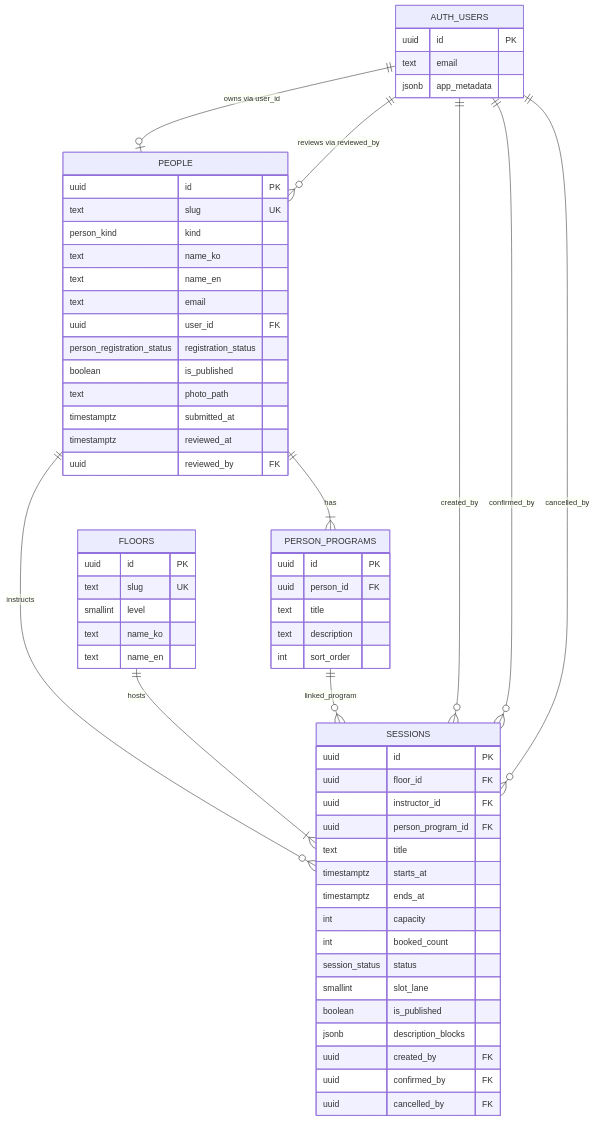
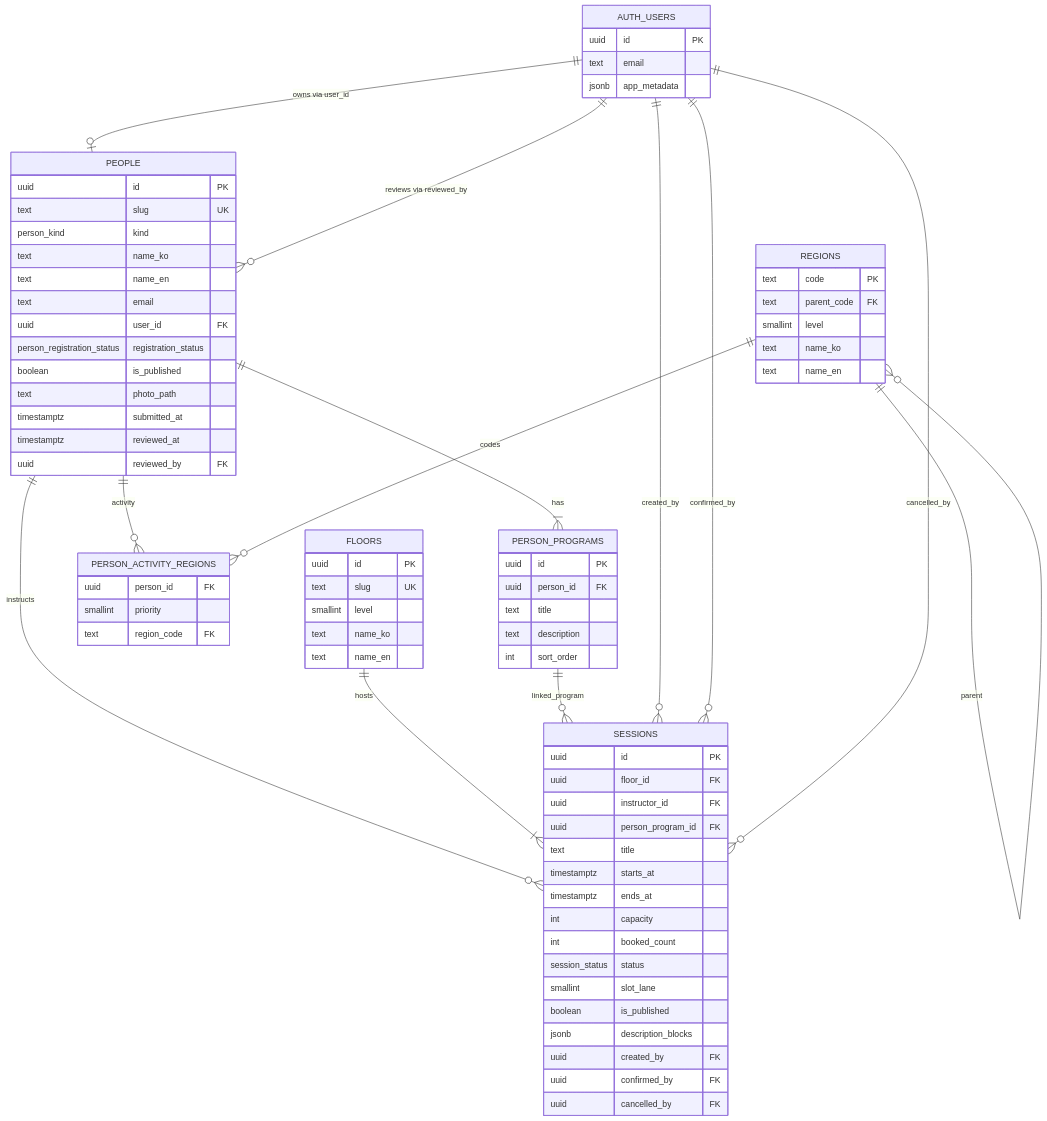
One commit to greatgiho/thewellnesskorea changed the first of 3 diagrams in docs/database-erd.md. Above: the diagram before and after it, drawn with Mermaid. The commit also changed other lines of this file and 33 other files, not shown here.

First line of the commit message:
Add public teacher profiles, activity regions, and nationwide region seed.

```diff
--- a/docs/database-erd.md
+++ b/docs/database-erd.md
@@ -15,6 +15,9 @@
     AUTH_USERS ||--o| PEOPLE : "owns via user_id"
     AUTH_USERS ||--o{ PEOPLE : "reviews via reviewed_by"
     PEOPLE ||--|{ PERSON_PROGRAMS : "has"
+    PEOPLE ||--o{ PERSON_ACTIVITY_REGIONS : "activity"
+    REGIONS ||--o{ REGIONS : "parent"
+    REGIONS ||--o{ PERSON_ACTIVITY_REGIONS : "codes"
     PEOPLE ||--o{ SESSIONS : "instructs"
     FLOORS ||--|{ SESSIONS : "hosts"
     PERSON_PROGRAMS ||--o{ SESSIONS : "linked_program"
@@ -52,6 +55,20 @@
         int sort_order
     }
 
+    REGIONS {
+        text code PK
+        text parent_code FK
+        smallint level
+        text name_ko
+        text name_en
+    }
+
+    PERSON_ACTIVITY_REGIONS {
+        uuid person_id FK
+        smallint priority
+        text region_code FK
+    }
+
     FLOORS {
         uuid id PK
         text slug UK
```
